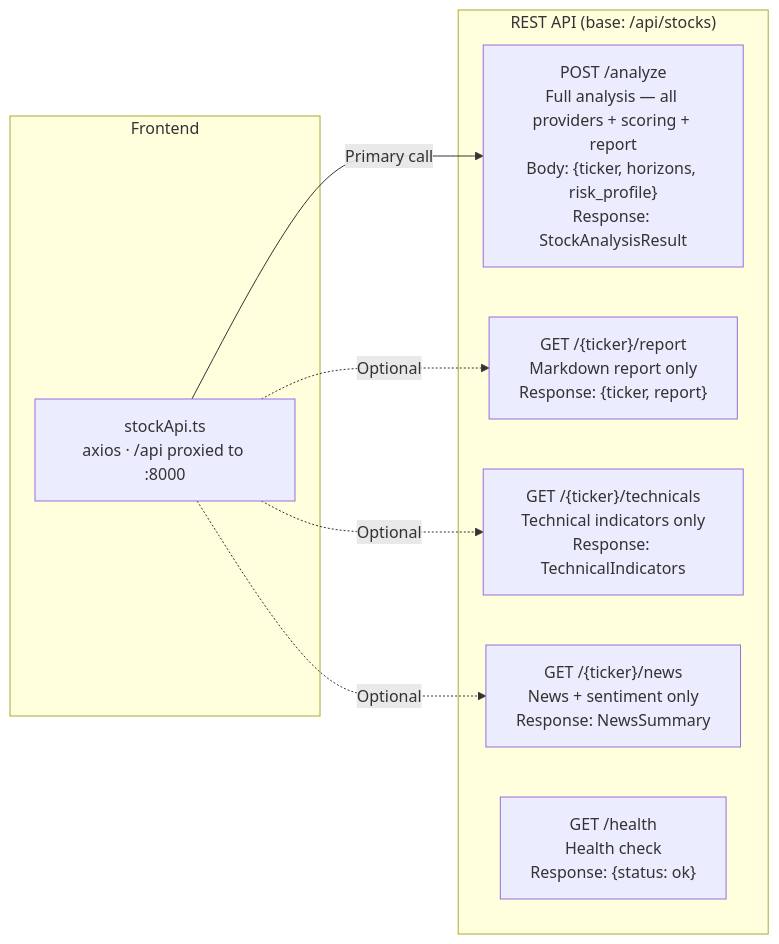
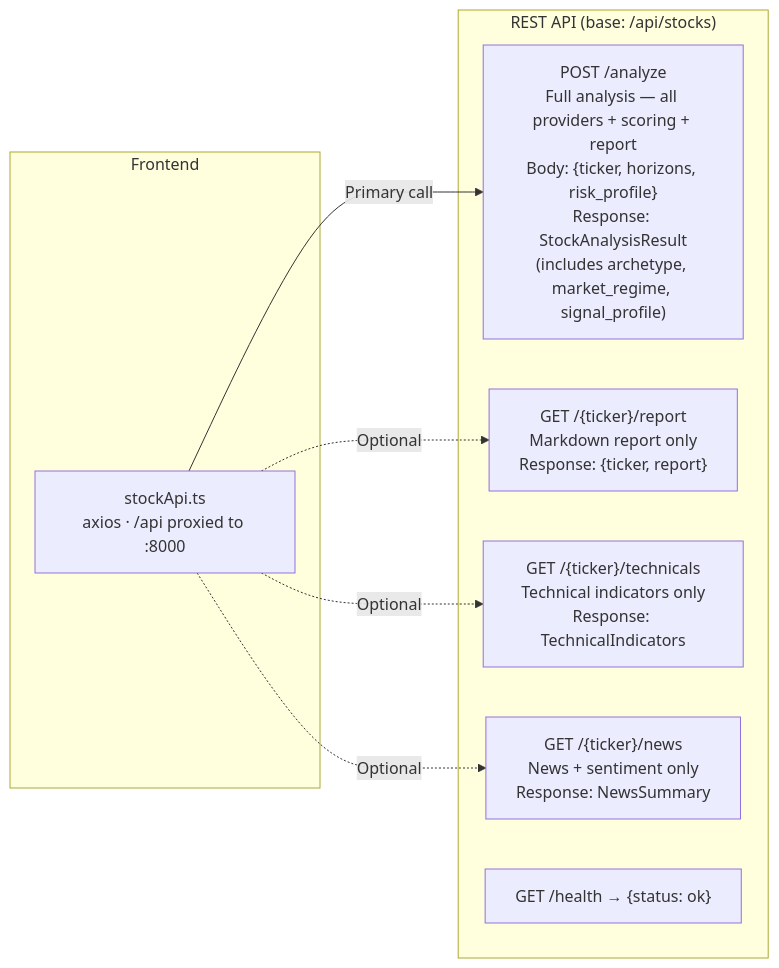
Diagram 14 of 15 in HLD.md (krutikpatel/stockBuyDecisioner1), drawn with Mermaid before and after one commit. The commit also changed other lines of this file and 44 other files, not shown here.

````diff
--- a/HLD.md
+++ b/HLD.md
@@ -558,19 +666,19 @@
 ```mermaid
 flowchart LR
     subgraph Endpoints["REST API  (base: /api/stocks)"]
-        A["POST /analyze\nFull analysis — all providers + scoring + report\nBody: {ticker, horizons, risk_profile}\nResponse: StockAnalysisResult"]
+        A["POST /analyze\nFull analysis — all providers + scoring + report\nBody: {ticker, horizons, risk_profile}\nResponse: StockAnalysisResult\n(includes archetype, market_regime, signal_profile)"]
         B["GET /{ticker}/report\nMarkdown report only\nResponse: {ticker, report}"]
         C["GET /{ticker}/technicals\nTechnical indicators only\nResponse: TechnicalIndicators"]
         D["GET /{ticker}/news\nNews + sentiment only\nResponse: NewsSummary"]
-        E["GET /health\nHealth check\nResponse: {status: ok}"]
+        E["GET /health → {status: ok}"]
     end
 
     subgraph Client["Frontend"]
         FE2["stockApi.ts\naxios · /api proxied to :8000"]
     end
 
     FE2 -->|"Primary call"| A
     FE2 -.->|"Optional"| B
     FE2 -.->|"Optional"| C
     FE2 -.->|"Optional"| D
 ```
````
